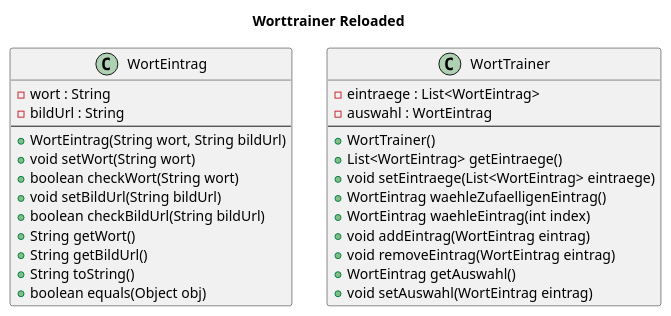
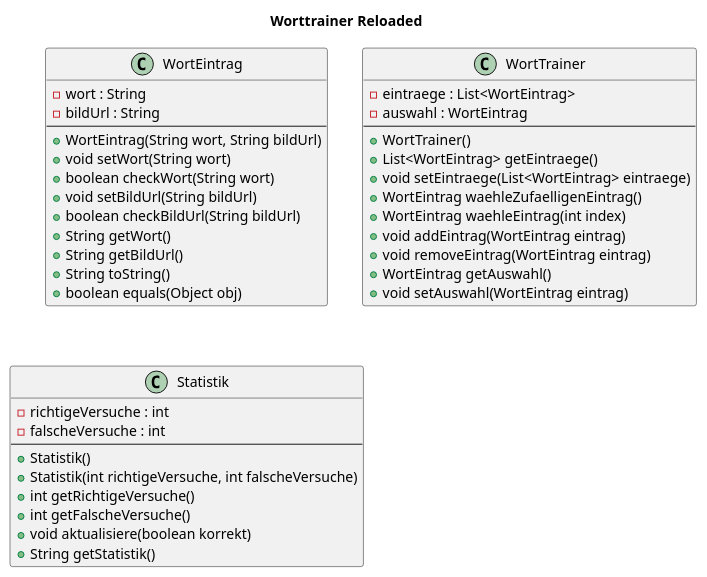
One commit to TGM-HIT/sew9-2425-worttrainer-fpolichetti changed the diagram in UML/worttrainer_PUML.puml. Above: the diagram before and after it, drawn with PlantUML.

Commit message:
[FEATURE 3] [ENTWURF] Statistik UML

```diff
--- a/UML/worttrainer_PUML.puml
+++ b/UML/worttrainer_PUML.puml
@@ -1,34 +1,46 @@
 @startuml
 title: Worttrainer Reloaded
 
 class WortEintrag {
   -wort : String
   -bildUrl : String
   --
   +WortEintrag(String wort, String bildUrl)
   +void setWort(String wort)
   +boolean checkWort(String wort)
   +void setBildUrl(String bildUrl)
   +boolean checkBildUrl(String bildUrl)
   +String getWort()
   +String getBildUrl()
   +String toString()
   +boolean equals(Object obj)
 }
 
 class WortTrainer {
   -eintraege : List<WortEintrag>
   -auswahl : WortEintrag
   --
   +WortTrainer()
   +List<WortEintrag> getEintraege()
   +void setEintraege(List<WortEintrag> eintraege)
   +WortEintrag waehleZufaelligenEintrag()
   +WortEintrag waehleEintrag(int index)
   +void addEintrag(WortEintrag eintrag)
   +void removeEintrag(WortEintrag eintrag)
   +WortEintrag getAuswahl()
   +void setAuswahl(WortEintrag eintrag)
 }
 
+class Statistik {
+  -richtigeVersuche : int
+  -falscheVersuche : int
+  --
+  +Statistik()
+  +Statistik(int richtigeVersuche, int falscheVersuche)
+  +int getRichtigeVersuche()
+  +int getFalscheVersuche()
+  +void aktualisiere(boolean korrekt)
+  +String getStatistik()
+}
+
 @enduml
```
